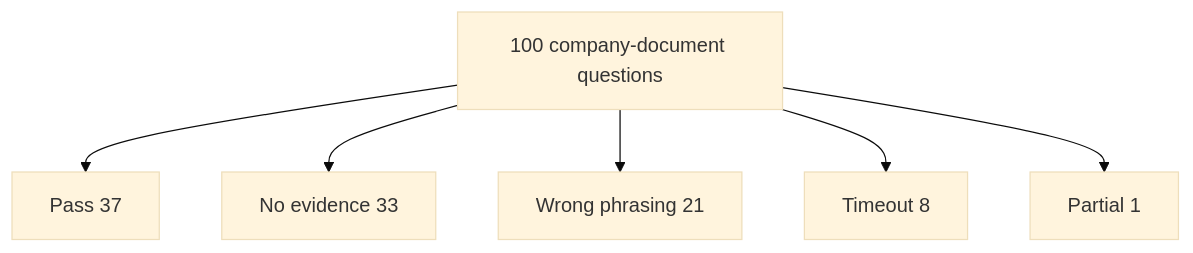
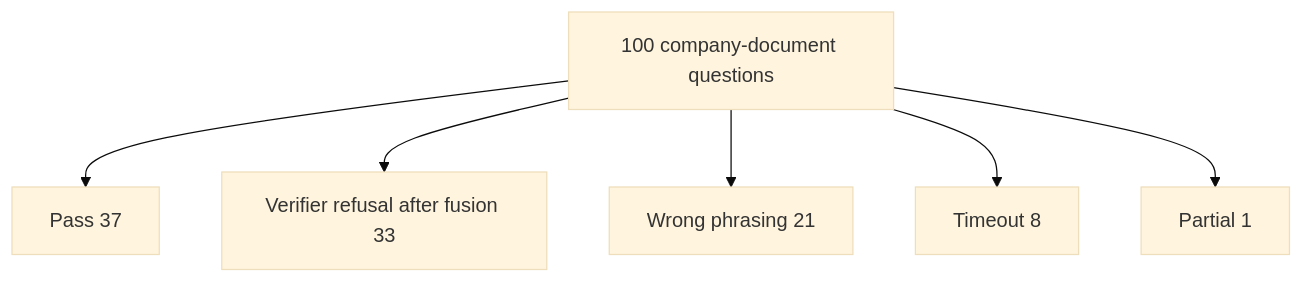
Before and after one commit to Nagdy8888/smart-rag: the second of 2 diagrams in docs/evaluation/COMPANY_DOCUMENTS_RAG_100.md, drawn with Mermaid (base theme). The commit also changed other lines of this file and 13 other files, not shown here.

````diff
--- a/docs/evaluation/COMPANY_DOCUMENTS_RAG_100.md
+++ b/docs/evaluation/COMPANY_DOCUMENTS_RAG_100.md
@@ -131,8 +151,8 @@
 ```mermaid
 flowchart TB
   asked["100 company-document questions"] --> pass["Pass 37"]
-  asked --> none["No evidence 33"]
+  asked --> none["Verifier refusal after fusion 33"]
   asked --> wrong["Wrong phrasing 21"]
   asked --> timeout["Timeout 8"]
   asked --> partial["Partial 1"]
 ```
````
